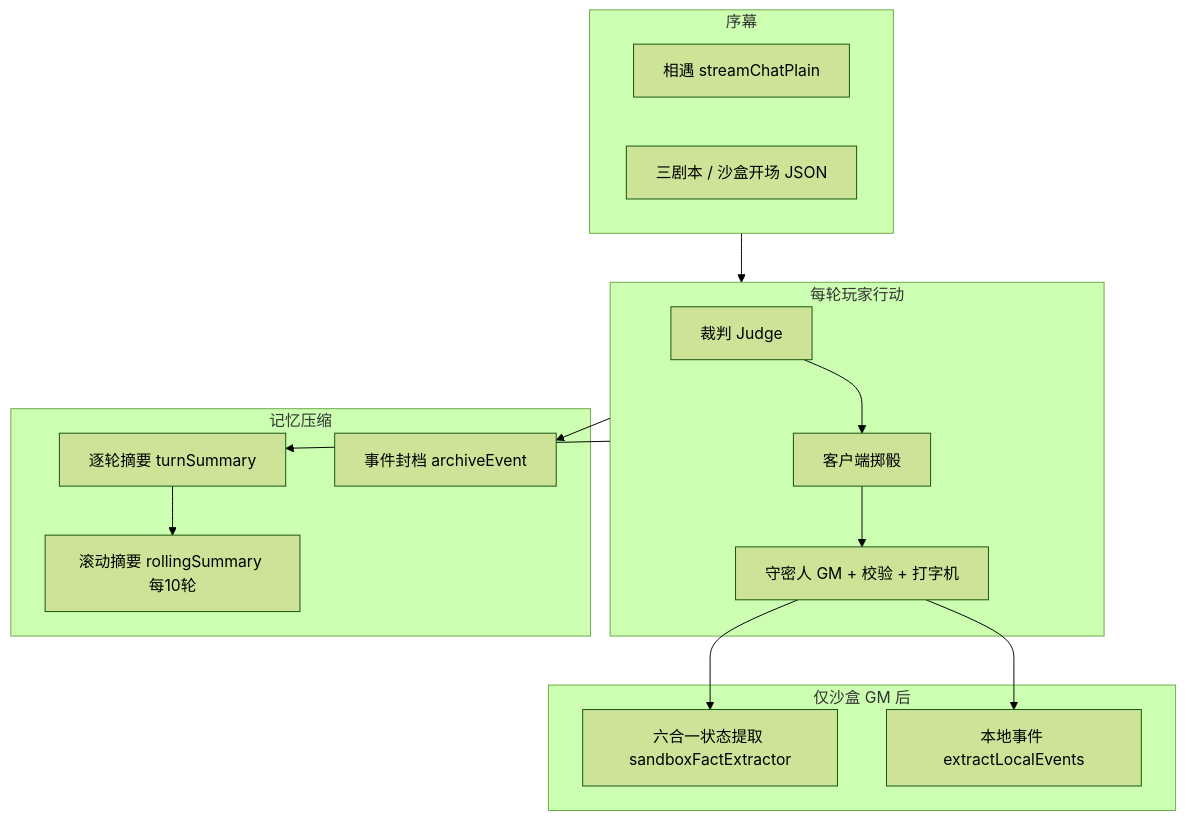
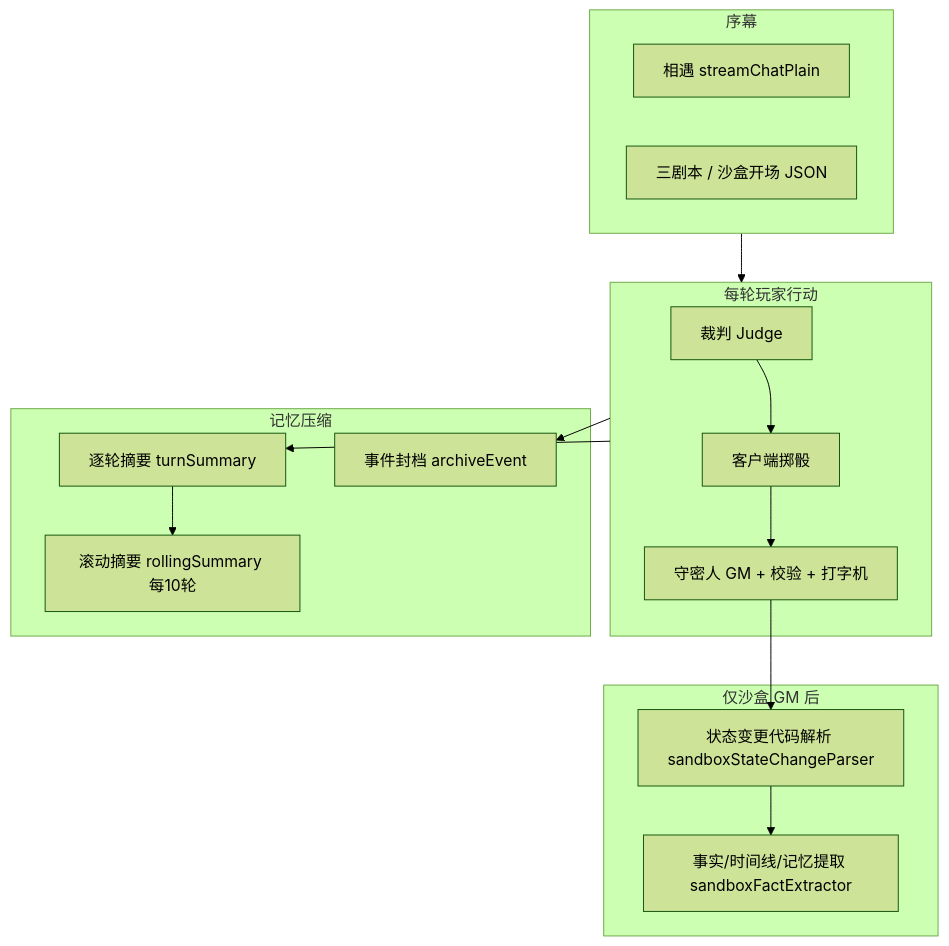
One commit to heyixigu/coc changed the third of 4 diagrams in ARCHITECTURE.md. Above: the diagram before and after it, drawn with Mermaid (forest theme). The commit also changed other lines of this file and 15 other files, not shown here.

````diff
--- a/ARCHITECTURE.md
+++ b/ARCHITECTURE.md
@@ -121,27 +121,27 @@
 ```mermaid
 flowchart TB
   subgraph prologue [序幕]
     P1[相遇 streamChatPlain]
     P2[三剧本 / 沙盒开场 JSON]
   end
   subgraph turn [每轮玩家行动]
     J[裁判 Judge]
     D[客户端掷骰]
     G[守密人 GM + 校验 + 打字机]
   end
   subgraph memory [记忆压缩]
     T[逐轮摘要 turnSummary]
     R[滚动摘要 rollingSummary 每10轮]
     A[事件封档 archiveEvent]
   end
   subgraph sandboxOnly [仅沙盒 GM 后]
-    X[六合一状态提取 sandboxFactExtractor]
-    E[本地事件 extractLocalEvents]
+    SC[状态变更代码解析 sandboxStateChangeParser]
+    X[事实/时间线/记忆提取 sandboxFactExtractor]
   end
   prologue --> turn
   J --> D --> G
   turn --> T --> R
   turn --> A
-  G --> X
-  G --> E
+  G --> SC
+  SC --> X
 ```
````
